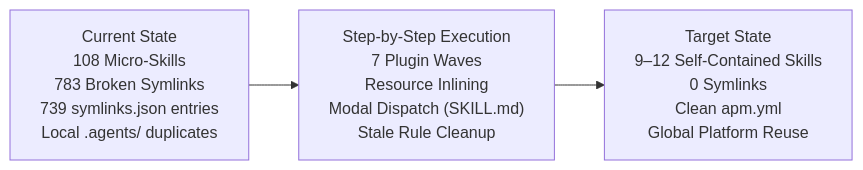
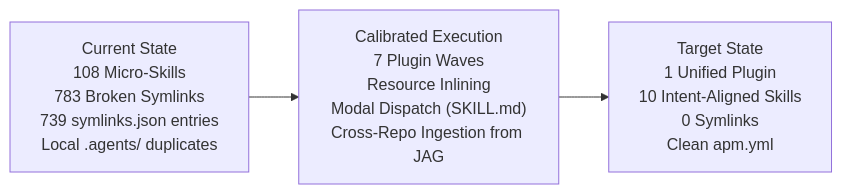
One commit to bcgov/sharepoint-knowledge-workbench changed the diagram in docs/plans/sharepoint_workbench_apm_migration_plan.md. Above: the diagram before and after it, drawn with Mermaid. The commit also changed other lines of this file and 2774 other files, not shown here.

````diff
--- a/docs/plans/sharepoint_workbench_apm_migration_plan.md
+++ b/docs/plans/sharepoint_workbench_apm_migration_plan.md
@@ -15,5 +15,5 @@
 ```mermaid
 flowchart LR
-    A["Current State<br/>108 Micro-Skills<br/>783 Broken Symlinks<br/>739 symlinks.json entries<br/>Local .agents/ duplicates"] --> B["Step-by-Step Execution<br/>7 Plugin Waves<br/>Resource Inlining<br/>Modal Dispatch (SKILL.md)<br/>Stale Rule Cleanup"]
-    B --> C["Target State<br/>9–12 Self-Contained Skills<br/>0 Symlinks<br/>Clean apm.yml<br/>Global Platform Reuse"]
+    A["Current State<br/>108 Micro-Skills<br/>783 Broken Symlinks<br/>739 symlinks.json entries<br/>Local .agents/ duplicates"] --> B["Calibrated Execution<br/>7 Plugin Waves<br/>Resource Inlining<br/>Modal Dispatch (SKILL.md)<br/>Cross-Repo Ingestion from JAG"]
+    B --> C["Target State<br/>1 Unified Plugin<br/>10 Intent-Aligned Skills<br/>0 Symlinks<br/>Clean apm.yml"]
 ```
````
